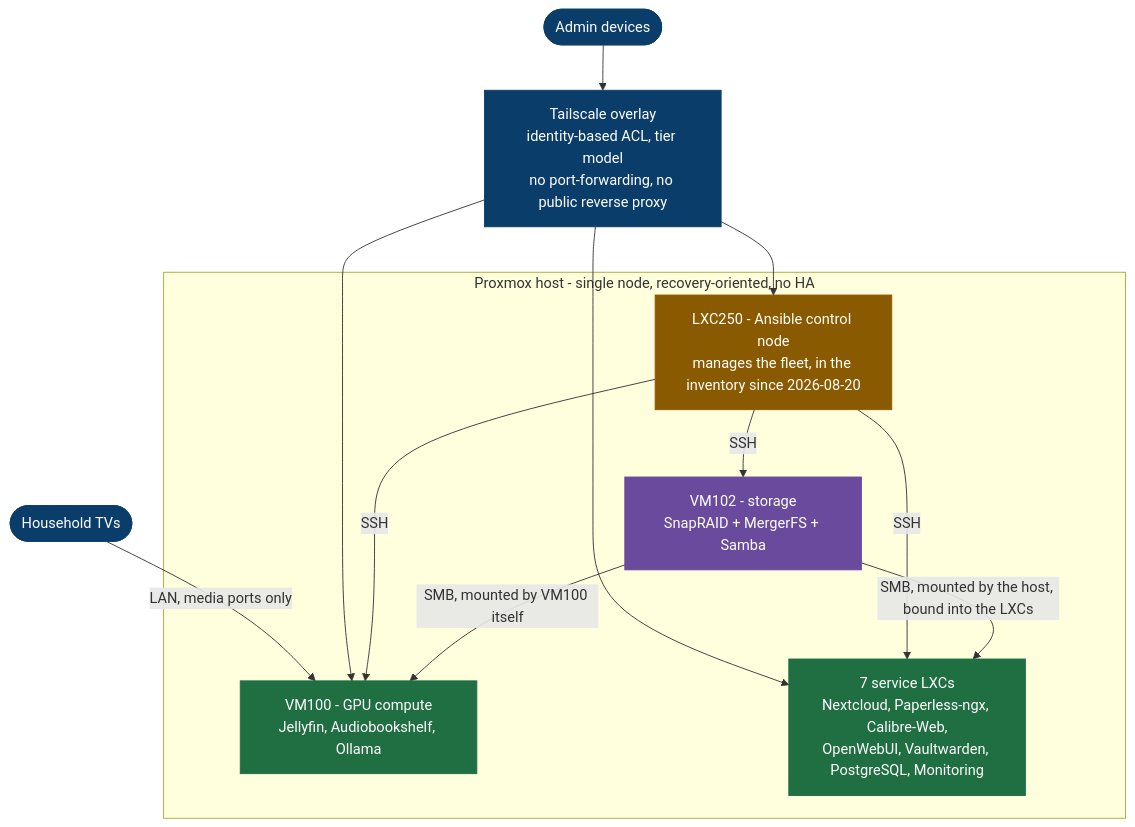
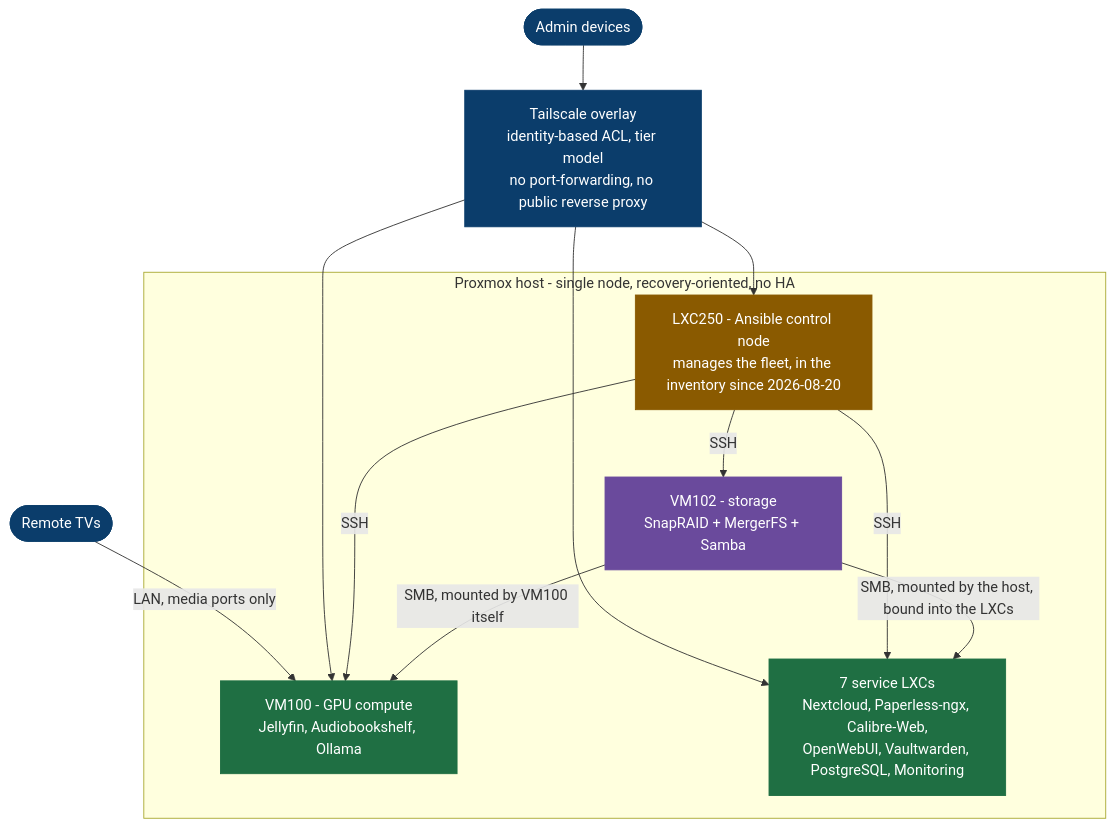
One commit to sohanreddyk/homelab-server-architecture changed the diagram in README.md. Above: the diagram before and after it, drawn with Mermaid. The commit also changed 23 other files, not shown here.

````diff
--- a/README.md
+++ b/README.md
@@ -18,34 +18,34 @@
 ```mermaid
 flowchart TB
   Admin(["Admin devices"])
-  TVs(["Household TVs"])
+  TVs(["Remote TVs"])
 
   TS["Tailscale overlay<br/>identity-based ACL, tier model<br/>no port-forwarding, no public reverse proxy"]
 
   subgraph host["Proxmox host - single node, recovery-oriented, no HA"]
     VM100["VM100 - GPU compute<br/>Jellyfin, Audiobookshelf, Ollama"]
     LXC["7 service LXCs<br/>Nextcloud, Paperless-ngx, Calibre-Web,<br/>OpenWebUI, Vaultwarden, PostgreSQL, Monitoring"]
     CTRL["LXC250 - Ansible control node<br/>manages the fleet, in the inventory since 2026-08-20"]
     VM102["VM102 - storage<br/>SnapRAID + MergerFS + Samba"]
   end
 
   Admin --> TS
   TVs -->|LAN, media ports only| VM100
   TS --> VM100
   TS --> LXC
   TS --> CTRL
   CTRL -->|SSH| VM100
   CTRL -->|SSH| LXC
   CTRL -->|SSH| VM102
   VM102 -->|SMB, mounted by VM100 itself| VM100
   VM102 -->|SMB, mounted by the host, bound into the LXCs| LXC
 
   classDef access fill:#0b3d6b,stroke:#0b3d6b,color:#ffffff
   classDef compute fill:#1f6f43,stroke:#1f6f43,color:#ffffff
   classDef storage fill:#6a4a9c,stroke:#6a4a9c,color:#ffffff
   classDef control fill:#8a5a00,stroke:#8a5a00,color:#ffffff
   class TS,Admin,TVs access
   class VM100,LXC compute
   class VM102 storage
   class CTRL control
 ```
````
